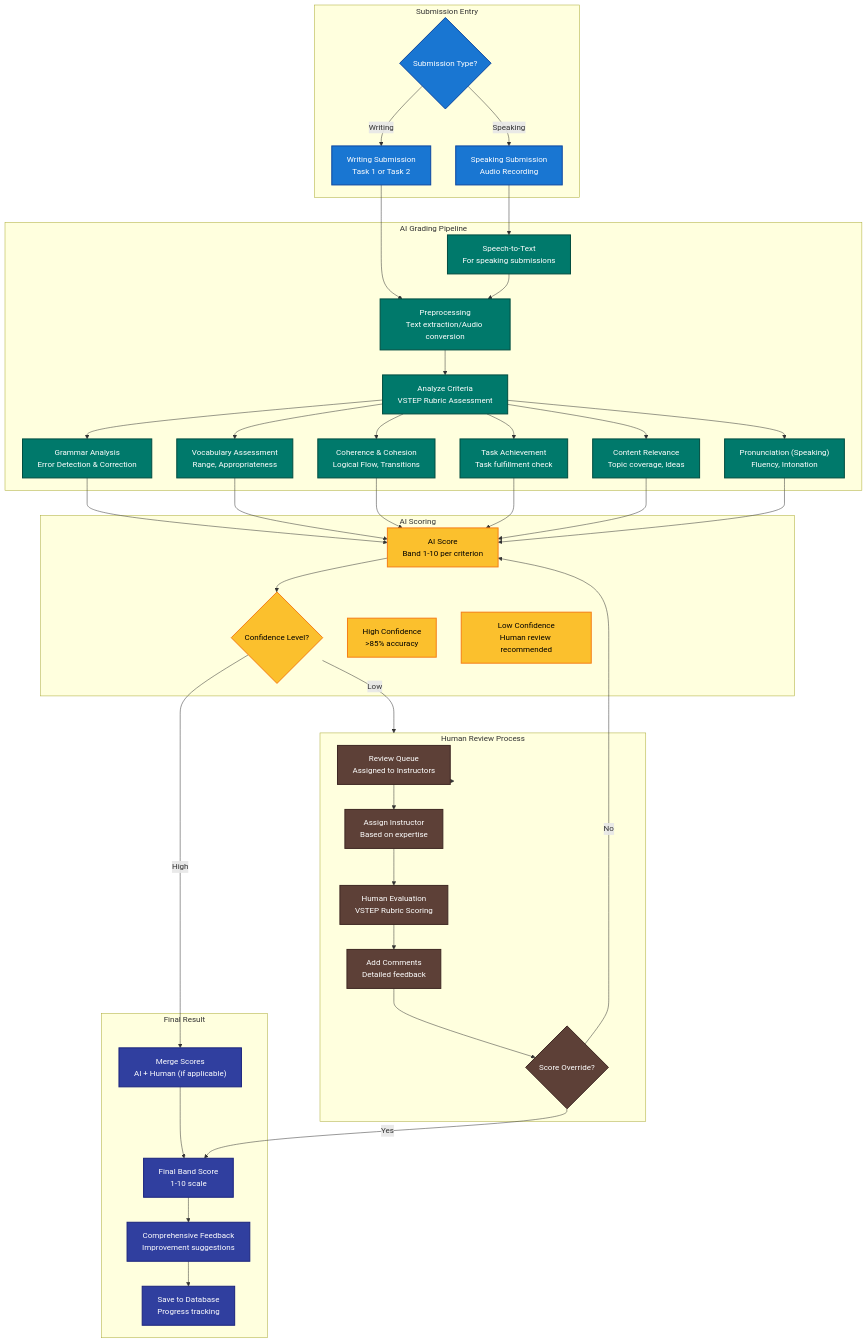
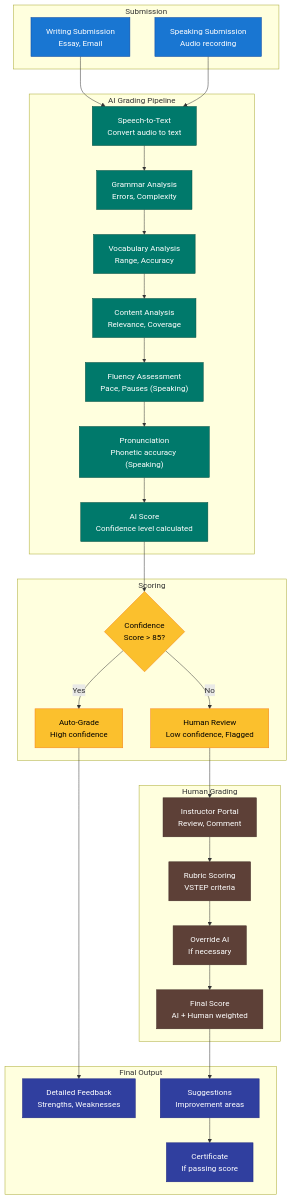
The sixth of 8 diagrams in docs/capstone/diagrams/flow-diagrams.md (nghyane/VSTEP), drawn with Mermaid before and after one commit. The commit also changed other lines of this file and 1 other file, not shown here.

First line of the commit message:
docs: split flow diagrams into English and Vietnamese versions

````diff
--- a/docs/capstone/diagrams/flow-diagrams.md
+++ b/docs/capstone/diagrams/flow-diagrams.md
@@ -418,88 +339,67 @@
 ```mermaid
 flowchart TB
-    subgraph Submission["Submission Entry"]
-        input{"Submission Type?"}
-        writing["Writing Submission<br/>Task 1 or Task 2"]
-        speaking["Speaking Submission<br/>Audio Recording"]
+    subgraph Submission ["Submission"]
+        WritingSubmit["Writing Submission<br/>Essay, Email"]
+        SpeakingSubmit["Speaking Submission<br/>Audio recording"]
     end
 
-    subgraph AI["AI Grading Pipeline"]
-        preprocess["Preprocessing<br/>Text extraction/Audio conversion"]
-        stt["Speech-to-Text<br/>For speaking submissions"]
-        criteria["Analyze Criteria<br/>VSTEP Rubric Assessment"]
-        grammar["Grammar Analysis<br/>Error Detection & Correction"]
-        vocab["Vocabulary Assessment<br/>Range, Appropriateness"]
-        coherence["Coherence & Cohesion<br/>Logical Flow, Transitions"]
-        task["Task Achievement<br/>Task fulfillment check"]
-        content["Content Relevance<br/>Topic coverage, Ideas"]
-        pronunciation["Pronunciation (Speaking)<br/>Fluency, Intonation"]
+    subgraph AI ["AI Grading Pipeline"]
+        Transcribe["Speech-to-Text<br/>Convert audio to text"]
+        Grammar["Grammar Analysis<br/>Errors, Complexity"]
+        Vocab["Vocabulary Analysis<br/>Range, Accuracy"]
+        Content["Content Analysis<br/>Relevance, Coverage"]
+        Fluency["Fluency Assessment<br/>Pace, Pauses (Speaking)"]
+        Pronunciation["Pronunciation<br/>Phonetic accuracy (Speaking)"]
+        ScoreAI["AI Score<br/>Confidence level calculated"]
     end
 
-    subgraph AIScoring["AI Scoring"]
-        aiResult["AI Score<br/>Band 1-10 per criterion"]
-        confidence{"Confidence Level?"}
-        highConf["High Confidence<br/>>85% accuracy"]
-        lowConf["Low Confidence<br/>Human review recommended"]
+    subgraph Scoring ["Scoring"]
+        Confidence{"Confidence<br/>Score > 85?"}
+        AutoPass["Auto-Grade<br/>High confidence"]
+        HumanReview["Human Review<br/>Low confidence, Flagged"]
     end
 
-    subgraph Human["Human Review Process"]
-        queue["Review Queue<br/>Assigned to Instructors"]
-        assign["Assign Instructor<br/>Based on expertise"]
-        reviewH["Human Evaluation<br/>VSTEP Rubric Scoring"]
-        comment["Add Comments<br/>Detailed feedback"]
-        override{"Score Override?"}
+    subgraph Human ["Human Grading"]
+        Instructor["Instructor Portal<br/>Review, Comment"]
+        Rubric["Rubric Scoring<br/>VSTEP criteria"]
+        Override["Override AI<br/>If necessary"]
+        ScoreFinal["Final Score<br/>AI + Human weighted"]
     end
 
-    subgraph Final["Final Result"]
-        merge["Merge Scores<br/>AI + Human (if applicable)"]
-        finalScore["Final Band Score<br/>1-10 scale"]
-        feedbackF["Comprehensive Feedback<br/>Improvement suggestions"]
-        record["Save to Database<br/>Progress tracking"]
+    subgraph Final ["Final Output"]
+        Feedback["Detailed Feedback<br/>Strengths, Weaknesses"]
+        Suggestion["Suggestions<br/>Improvement areas"]
+        Certificate["Certificate<br/>If passing score"]
     end
 
-    %% Flow connections
-    input -->|Writing| writing
-    input -->|Speaking| speaking
-    writing --> preprocess
-    speaking --> stt
-    stt --> preprocess
-    preprocess --> criteria
-    criteria --> grammar
-    criteria --> vocab
-    criteria --> coherence
-    criteria --> task
-    criteria --> content
-    criteria --> pronunciation
-    grammar --> aiResult
-    vocab --> aiResult
-    coherence --> aiResult
-    task --> aiResult
-    content --> aiResult
-    pronunciation --> aiResult
-    aiResult --> confidence
-    confidence -->|High| merge
-    confidence -->|Low| Human
-    Human --> queue
-    queue --> assign
-    assign --> reviewH
-    reviewH --> comment
-    comment --> override
-    override -->|Yes| finalScore
-    override -->|No| aiResult
-    merge --> finalScore
-    finalScore --> feedbackF
-    feedbackF --> record
+    WritingSubmit --> Transcribe
+    SpeakingSubmit --> Transcribe
+    Transcribe --> Grammar
+    Grammar --> Vocab
+    Vocab --> Content
+    Content --> Fluency
+    Fluency --> Pronunciation
+    Pronunciation --> ScoreAI
+    ScoreAI --> Confidence
+    Confidence -->|Yes| AutoPass
+    Confidence -->|No| HumanReview
+    AutoPass --> Feedback
+    HumanReview --> Instructor
+    Instructor --> Rubric
+    Rubric --> Override
+    Override --> ScoreFinal
+    ScoreFinal --> Suggestion
+    Suggestion --> Certificate
 
-    %% Styling
-    classDef submission fill:#1976d2,stroke:#0d47a1,stroke-width:2px,color:#fff
-    classDef ai fill:#00796b,stroke:#004d40,stroke-width:2px,color:#fff
-    classDef scoring fill:#fbc02d,stroke:#f57f17,stroke-width:2px,color:#000
-    classDef human fill:#5d4037,stroke:#3e2723,stroke-width:2px,color:#fff
-    classDef final fill:#303f9f,stroke:#1a237e,stroke-width:2px,color:#fff
+    classDef submission fill:#1976d2,stroke:#0d47a1,color:#fff
+    classDef ai fill:#00796b,stroke:#004d40,color:#fff
+    classDef scoring fill:#fbc02d,stroke:#f57f17,color:#000
+    classDef human fill:#5d4037,stroke:#3e2723,color:#fff
+    classDef final fill:#303f9f,stroke:#1a237e,color:#fff
 
-    class input,writing,speaking submission
-    class preprocess,stt,criteria,grammar,vocab,coherence,task,content,pronunciation ai
-    class aiResult,confidence,highConf,lowConf scoring
-    class queue,assign,reviewH,comment,override human
-    class merge,finalScore,feedbackF,record final
+    class WritingSubmit,SpeakingSubmit submission
+    class Transcribe,Grammar,Vocab,Content,Fluency,Pronunciation,ScoreAI ai
+    class Confidence,AutoPass,HumanReview scoring
+    class Instructor,Rubric,Override,ScoreFinal human
+    class Feedback,Suggestion,Certificate final
 ```
````
